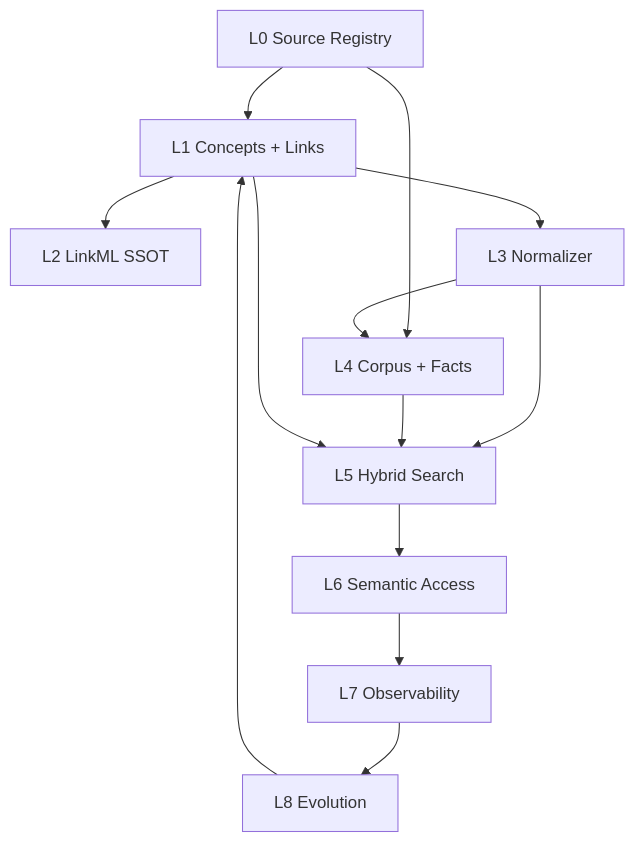
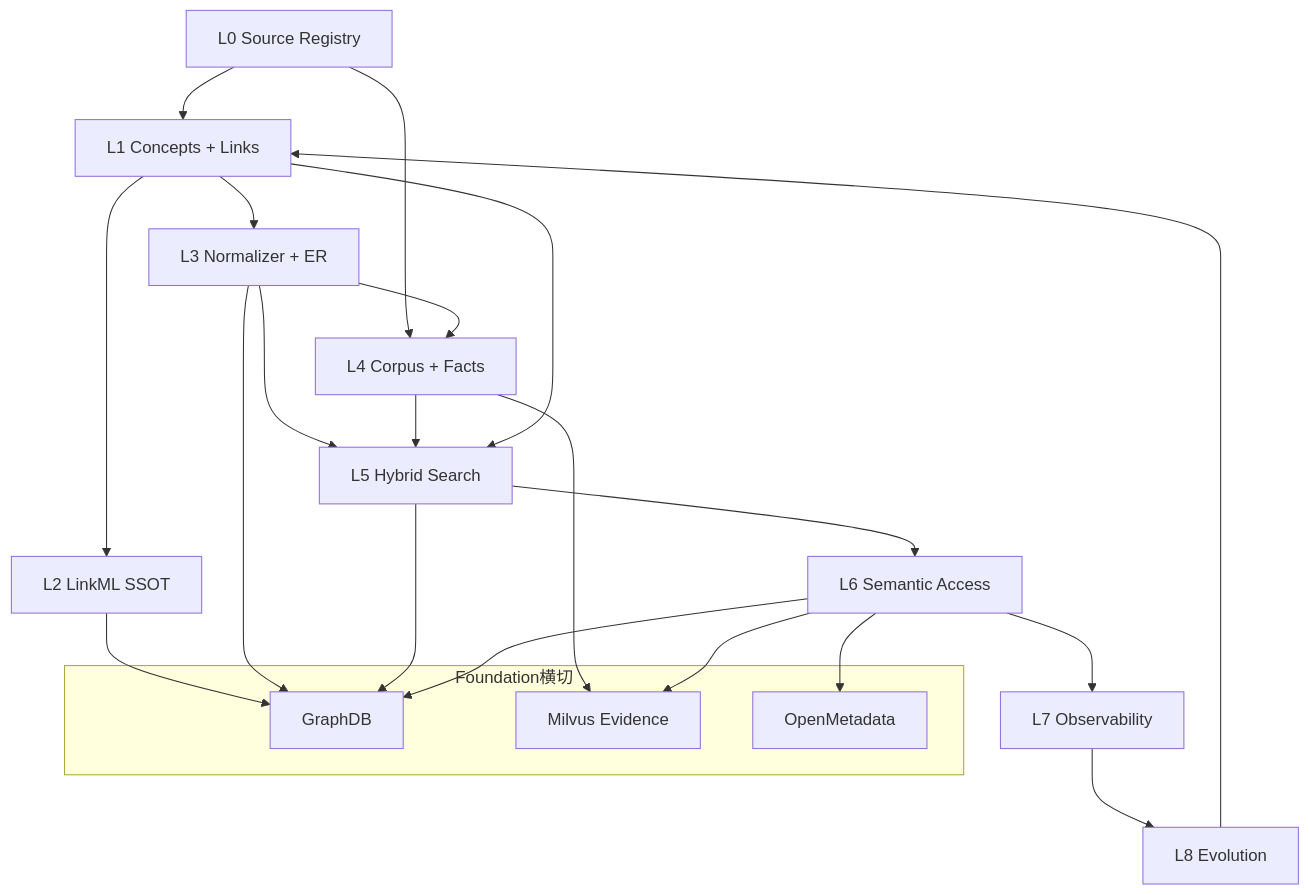
The diagram in docs/architecture/layers.md (zhiweio/biomed-ontology), drawn with Mermaid before and after one commit. The commit also changed other lines of this file and 66 other files, not shown here.

````diff
--- a/docs/architecture/layers.md
+++ b/docs/architecture/layers.md
@@ -42,15 +54,27 @@
 ```mermaid
 flowchart TB
   L0[L0 Source Registry] --> L1[L1 Concepts + Links]
   L1 --> L2[L2 LinkML SSOT]
-  L1 --> L3[L3 Normalizer]
+  L1 --> L3[L3 Normalizer + ER]
   L0 --> L4[L4 Corpus + Facts]
   L3 --> L4
   L3 --> L5[L5 Hybrid Search]
   L4 --> L5
   L1 --> L5
   L5 --> L6[L6 Semantic Access]
   L6 --> L7[L7 Observability]
   L7 --> L8[L8 Evolution]
   L8 --> L1
+  subgraph Foundation横切
+    GDB[GraphDB]
+    MV[Milvus Evidence]
+    OM[OpenMetadata]
+  end
+  L2 --> GDB
+  L3 --> GDB
+  L4 --> MV
+  L5 --> GDB
+  L6 --> GDB
+  L6 --> MV
+  L6 --> OM
 ```
````
